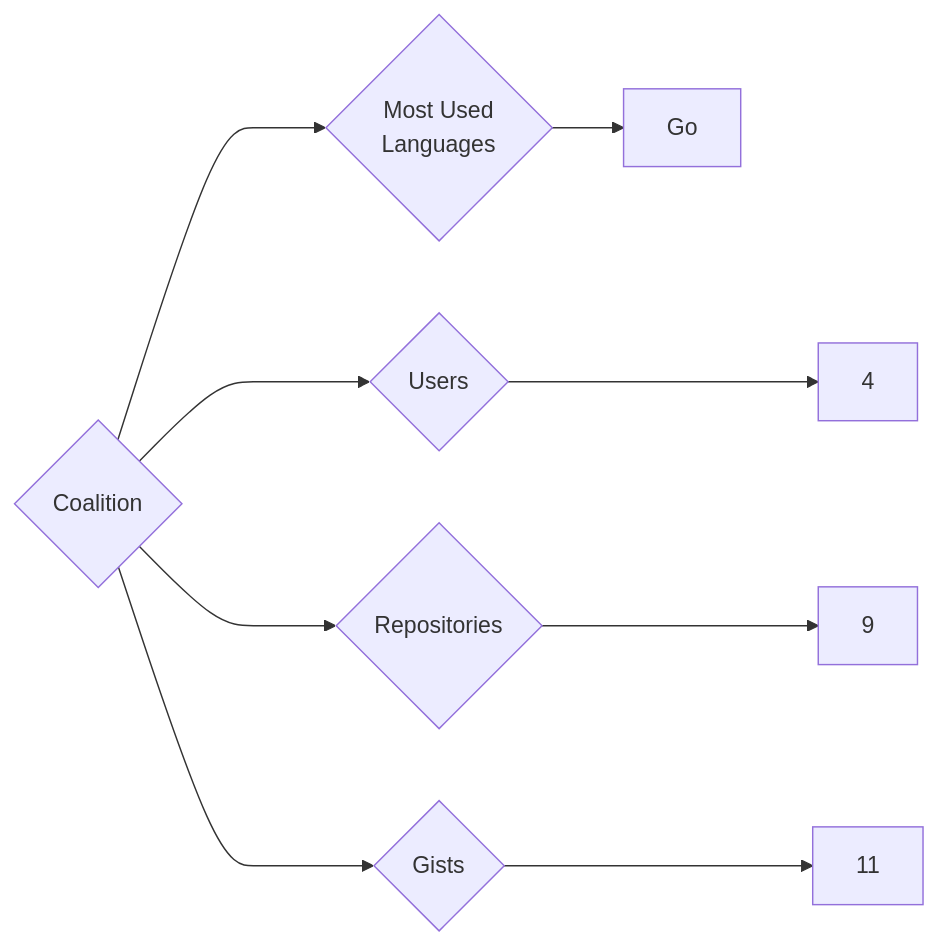
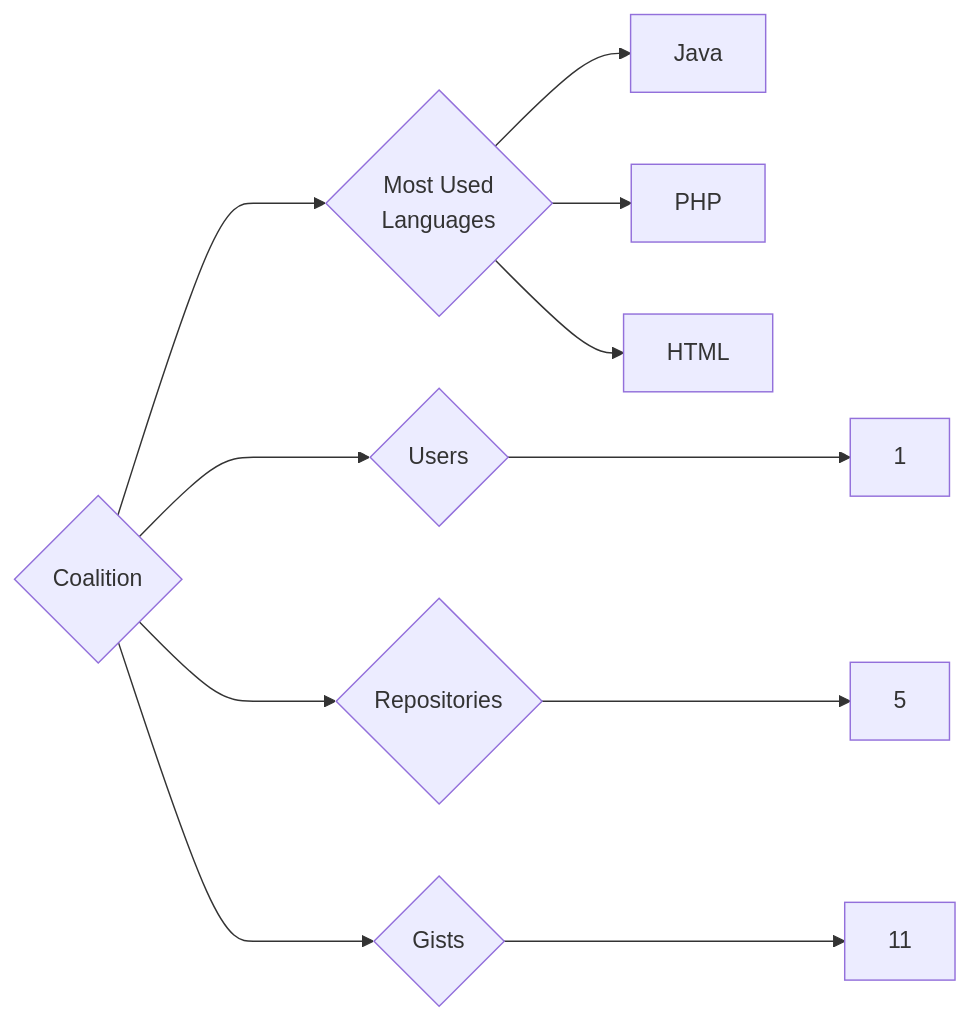
Before and after one commit to trickest/insiders: the diagram in targets/Coalition/README.md, drawn with Mermaid. The commit also changed 629 other files, not shown here.

````diff
--- a/targets/Coalition/README.md
+++ b/targets/Coalition/README.md
@@ -3,9 +3,11 @@
 ```mermaid
 graph LR
 COMPANY_NAME{Coalition}
-COMPANY_NAME ---> U{Users} ---> UN[4]
-COMPANY_NAME ---> R{Repositories} ---> RN[9]
+COMPANY_NAME ---> U{Users} ---> UN[1]
+COMPANY_NAME ---> R{Repositories} ---> RN[5]
 COMPANY_NAME ---> G{Gists} ---> GN[11]
 COMPANY_NAME ---> ML{Most Used<br>Languages}
-ML --> Go[Go]
+ML --> Java[Java]
+ML --> PHP[PHP]
+ML --> HTML[HTML]
 ```
````
